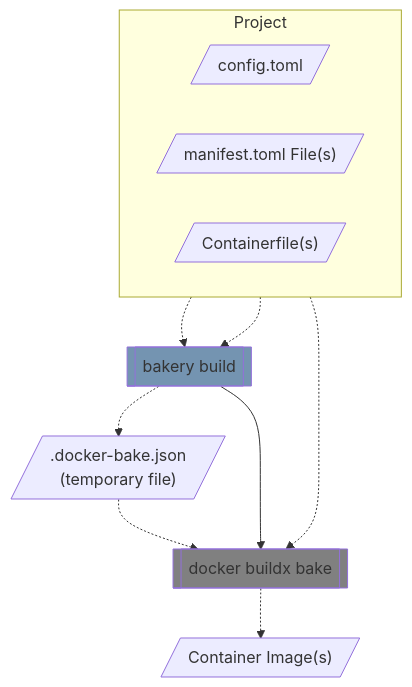
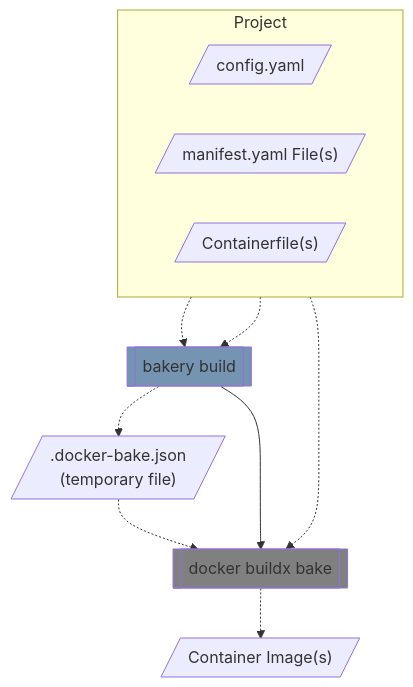
Before and after one commit to posit-dev/images-shared: the fourth of 7 diagrams in posit-bakery/ARCHITECTURE.md, drawn with Mermaid. The commit also changed other lines of this file and 31 other files, not shown here.

````diff
--- a/posit-bakery/ARCHITECTURE.md
+++ b/posit-bakery/ARCHITECTURE.md
@@ -130,28 +130,28 @@
 ```mermaid
 flowchart TD
 
     subgraph "Project"
         direction LR
 
-        config[/"config.toml"/]
-        manifest[/"manifest.toml File(s)"/]
+        config[/"config.yaml"/]
+        manifest[/"manifest.yaml File(s)"/]
         containerfile[/"Containerfile(s)"/]
     end
 
     build[[bakery build]]
     plan[/".docker-bake.json<br/>(temporary file)"/]
     bake[[docker buildx bake]]
     image[/"Container Image(s)"/]
 
     config & manifest -.-> build -.-> plan
     plan & containerfile -.-> bake
     build --> bake -.-> image
 
     classDef tooling fill:#7494B1
     classDef external fill:grey
     classDef progress stroke-dasharray: 2 2
     classDef todo stroke-dasharray: 3 8
 
     class build tooling
     class bake external
 ```
````
